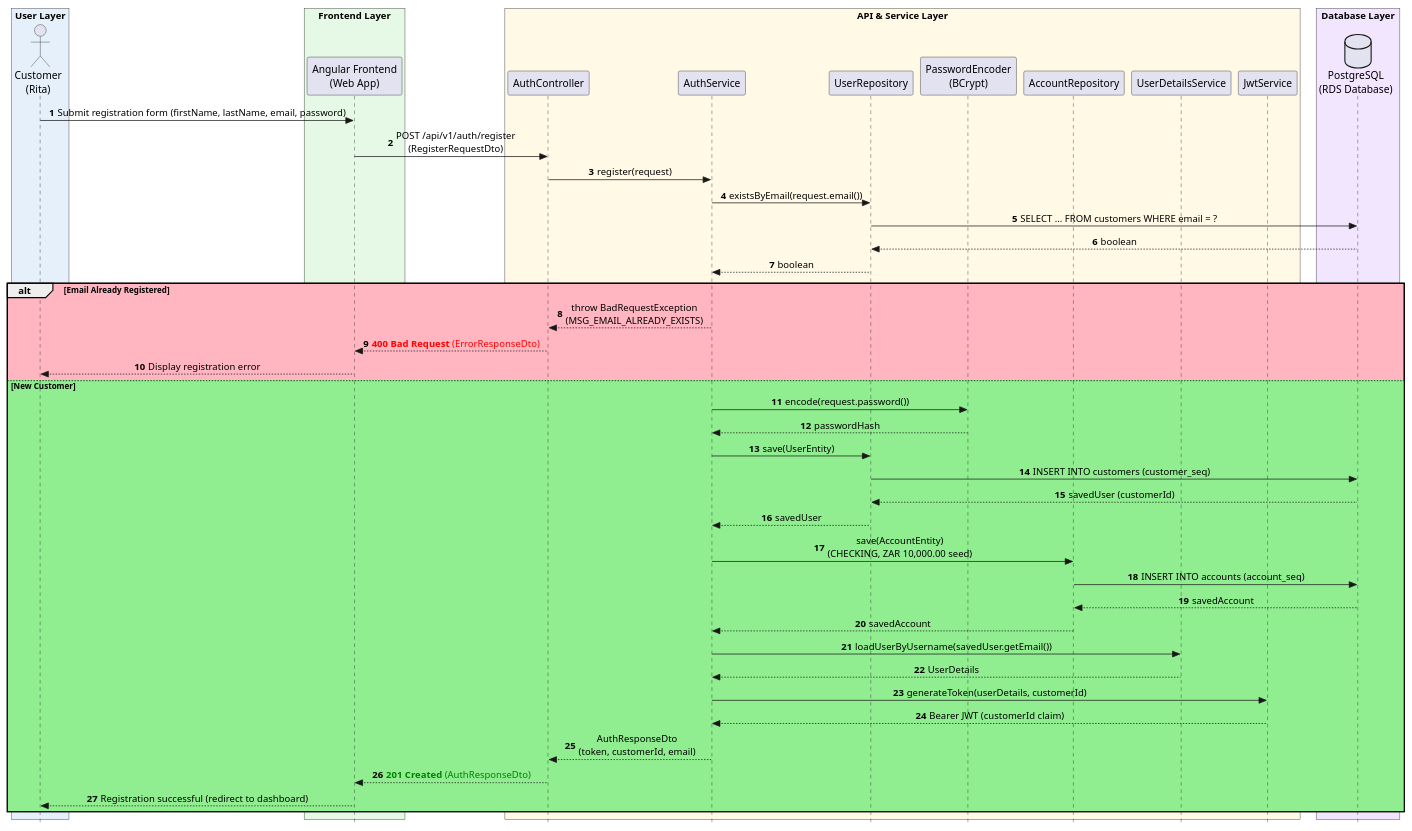
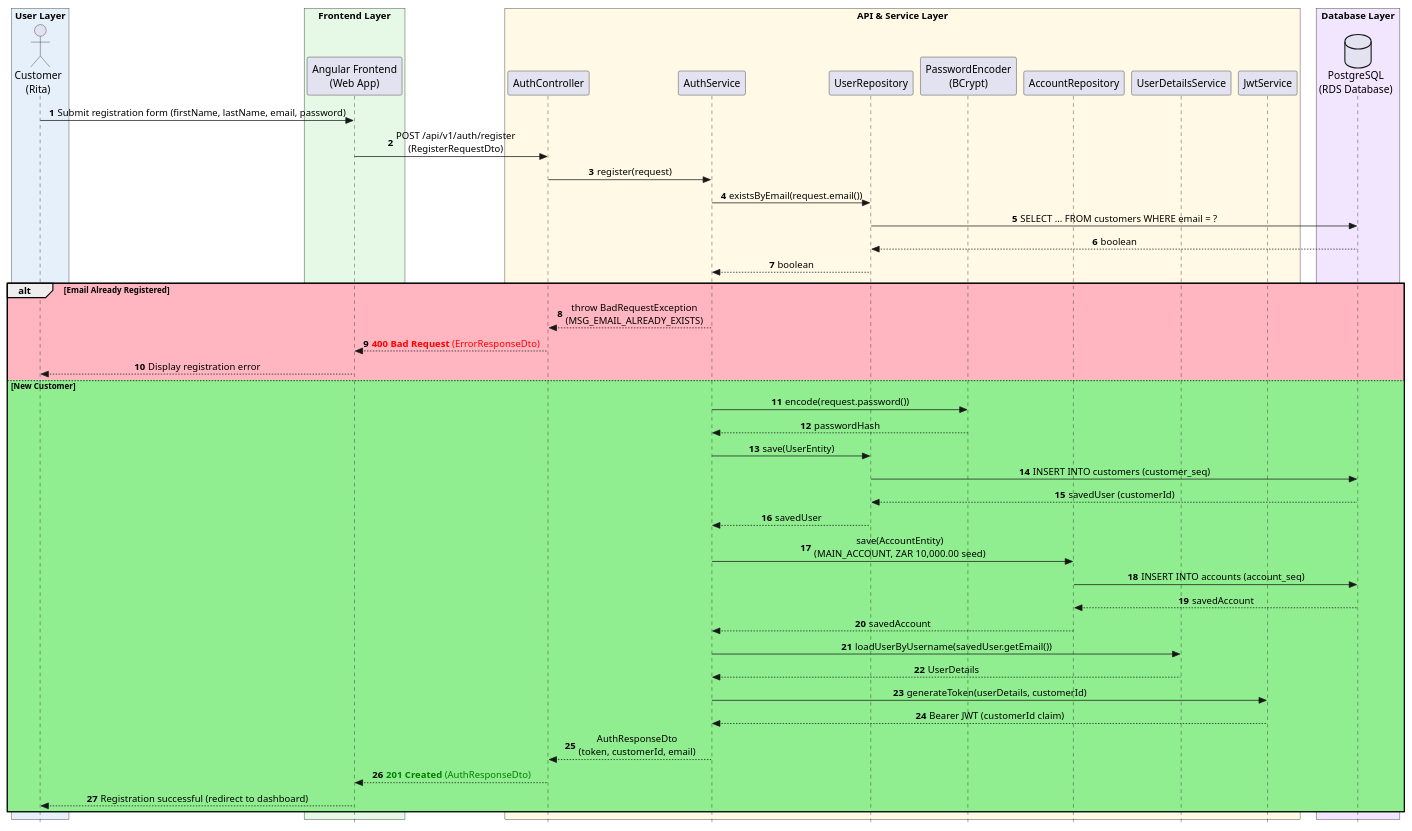
The diagram in sequenceDiagram/Register.puml (MOzil-10/Transaction-Dispute-Service), drawn with PlantUML before and after one commit. The commit also changed 59 other files, not shown here.

```diff
--- a/sequenceDiagram/Register.puml
+++ b/sequenceDiagram/Register.puml
@@ -1,65 +1,65 @@
 @startuml
 autonumber
 skinparam Style strictuml
 skinparam SequenceMessageAlignment center
 skinparam boxPadding 10
 
 box "User Layer" #E6F0FA
 actor "Customer\n(Rita)" as Customer
 end box
 
 box "Frontend Layer" #E6F9E6
 participant "Angular Frontend\n(Web App)" as Frontend
 end box
 
 box "API & Service Layer" #FFF9E6
 participant "AuthController" as Controller
 participant "AuthService" as Service
 participant "UserRepository" as UserRepo
 participant "PasswordEncoder\n(BCrypt)" as Encoder
 participant "AccountRepository" as AccountRepo
 participant "UserDetailsService" as UDS
 participant "JwtService" as JWT
 end box
 
 box "Database Layer" #F2E6FF
 database "PostgreSQL\n(RDS Database)" as DB
 end box
 
 Customer -> Frontend: Submit registration form (firstName, lastName, email, password)
 Frontend -> Controller: POST /api/v1/auth/register\n(RegisterRequestDto)
 
 Controller -> Service: register(request)
 Service -> UserRepo: existsByEmail(request.email())
 UserRepo -> DB: SELECT ... FROM customers WHERE email = ?
 DB --> UserRepo: boolean
 UserRepo --> Service: boolean
 
 alt #LightPink Email Already Registered
     Service --> Controller: throw BadRequestException\n(MSG_EMAIL_ALREADY_EXISTS)
     Controller --> Frontend: <font color=red><b>400 Bad Request</b> (ErrorResponseDto)</font>
     Frontend --> Customer: Display registration error
 else #LightGreen New Customer
     Service -> Encoder: encode(request.password())
     Encoder --> Service: passwordHash
 
     Service -> UserRepo: save(UserEntity)
     UserRepo -> DB: INSERT INTO customers (customer_seq)
     DB --> UserRepo: savedUser (customerId)
     UserRepo --> Service: savedUser
 
-    Service -> AccountRepo: save(AccountEntity)\n(CHECKING, ZAR 10,000.00 seed)
+    Service -> AccountRepo: save(AccountEntity)\n(MAIN_ACCOUNT, ZAR 10,000.00 seed)
     AccountRepo -> DB: INSERT INTO accounts (account_seq)
     DB --> AccountRepo: savedAccount
     AccountRepo --> Service: savedAccount
 
     Service -> UDS: loadUserByUsername(savedUser.getEmail())
     UDS --> Service: UserDetails
     Service -> JWT: generateToken(userDetails, customerId)
     JWT --> Service: Bearer JWT (customerId claim)
 
     Service --> Controller: AuthResponseDto\n(token, customerId, email)
     Controller --> Frontend: <font color=green><b>201 Created</b> (AuthResponseDto)</font>
     Frontend --> Customer: Registration successful (redirect to dashboard)
 end
 @enduml
```
